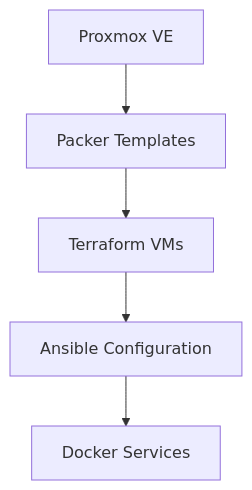
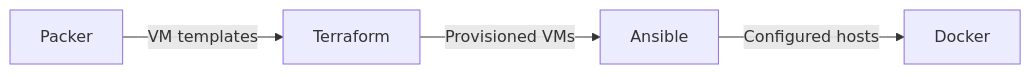
The diagram in docs/index.md (sfcal/homelab), drawn with Mermaid before and after one commit. The commit also changed other lines of this file and 50 other files, not shown here.

````diff
--- a/docs/index.md
+++ b/docs/index.md
@@ -27,7 +5,6 @@
 ```mermaid
-graph TD
-    A[Proxmox VE] --> B[Packer Templates]
-    B --> C[Terraform VMs]
-    C --> D[Ansible Configuration]
-    D --> E[Docker Services]
+graph LR
+    A[Packer] -->|VM templates| B[Terraform]
+    B -->|Provisioned VMs| C[Ansible]
+    C -->|Configured hosts| D[Docker]
 ```
````
